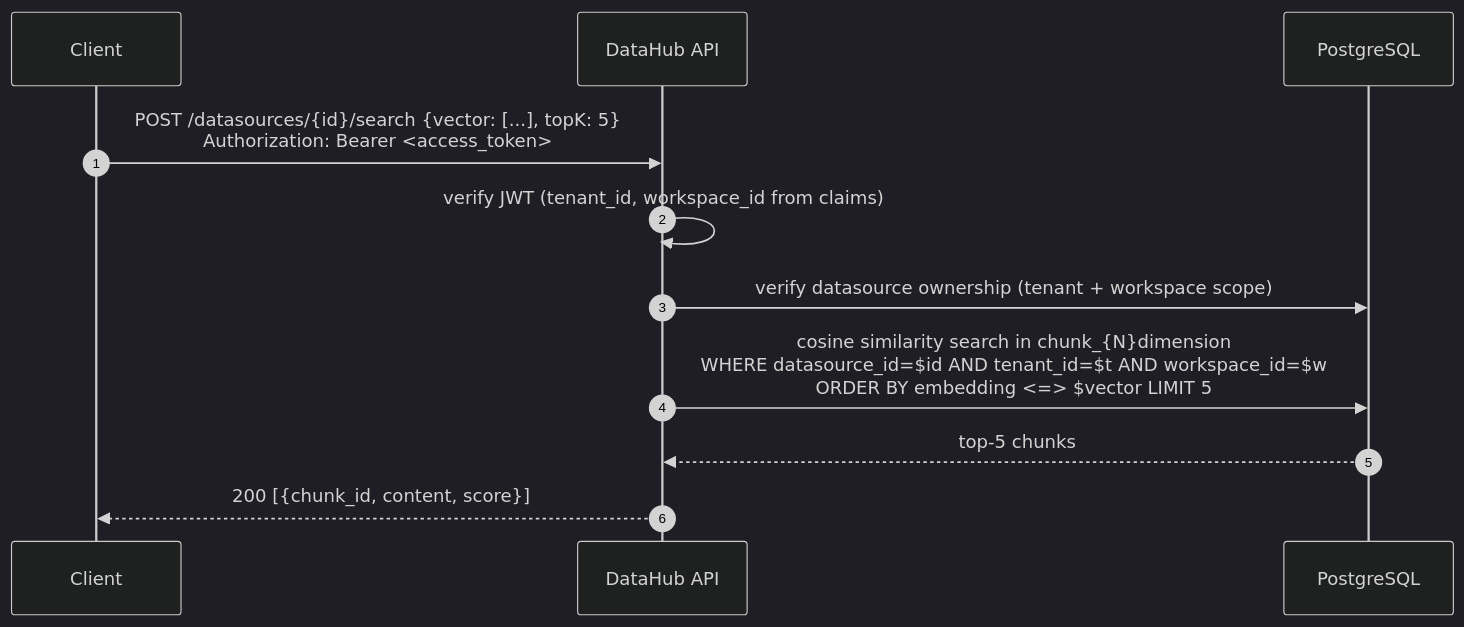
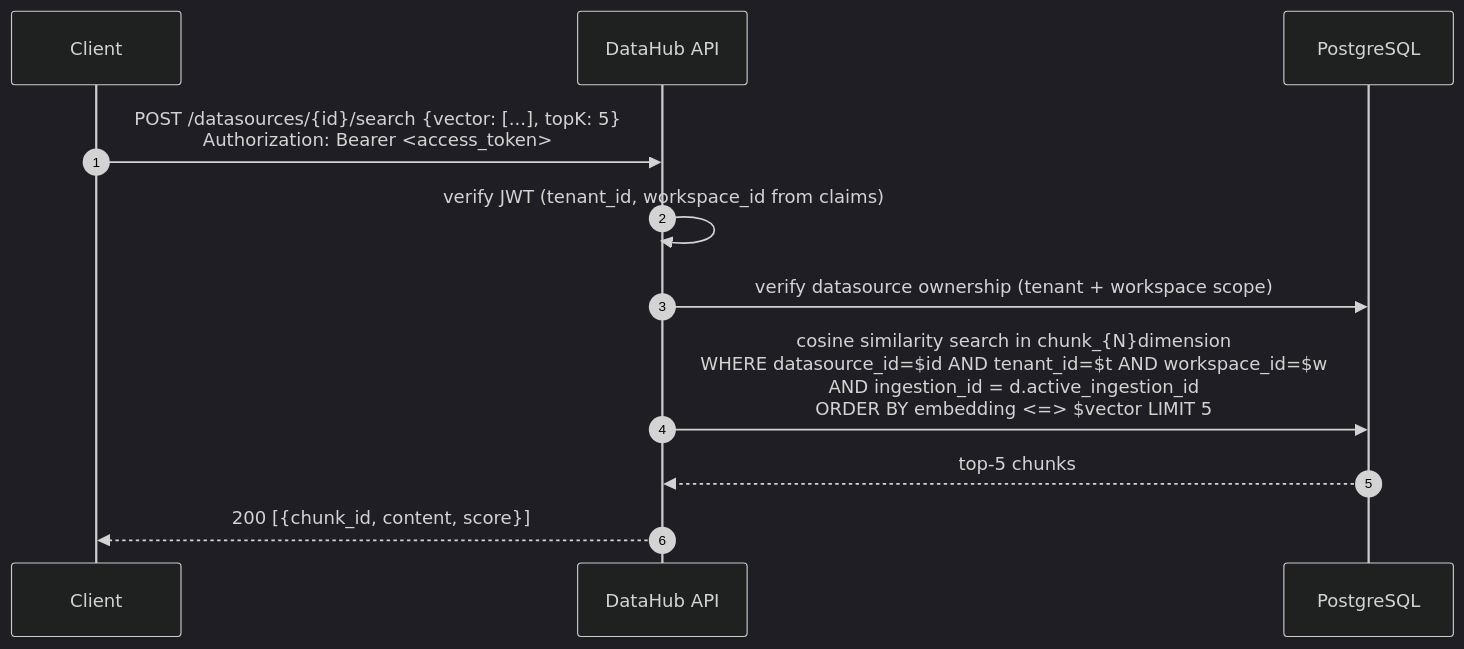
One commit to Andrew-Bu1/Agent-Platform changed the second of 2 diagrams in docs/architecture/data_layer/query_sequence.md. Above: the diagram before and after it, drawn with Mermaid (dark theme). The commit also changed other lines of this file and 6 other files, not shown here.

````diff
--- a/docs/architecture/data_layer/query_sequence.md
+++ b/docs/architecture/data_layer/query_sequence.md
@@ -43,14 +45,14 @@
 ```mermaid
 sequenceDiagram
     autonumber
     participant C as Client
     participant DH as DataHub API
     participant PG as PostgreSQL
 
     C->>DH: POST /datasources/{id}/search {vector: [...], topK: 5}<br/>Authorization: Bearer <access_token>
     DH->>DH: verify JWT (tenant_id, workspace_id from claims)
     DH->>PG: verify datasource ownership (tenant + workspace scope)
-    DH->>PG: cosine similarity search in chunk_{N}dimension<br/>WHERE datasource_id=$id AND tenant_id=$t AND workspace_id=$w<br/>ORDER BY embedding <=> $vector LIMIT 5
+    DH->>PG: cosine similarity search in chunk_{N}dimension<br/>WHERE datasource_id=$id AND tenant_id=$t AND workspace_id=$w<br/>  AND ingestion_id = d.active_ingestion_id<br/>ORDER BY embedding <=> $vector LIMIT 5
     PG-->>DH: top-5 chunks
     DH-->>C: 200 [{chunk_id, content, score}]
 ```
````
